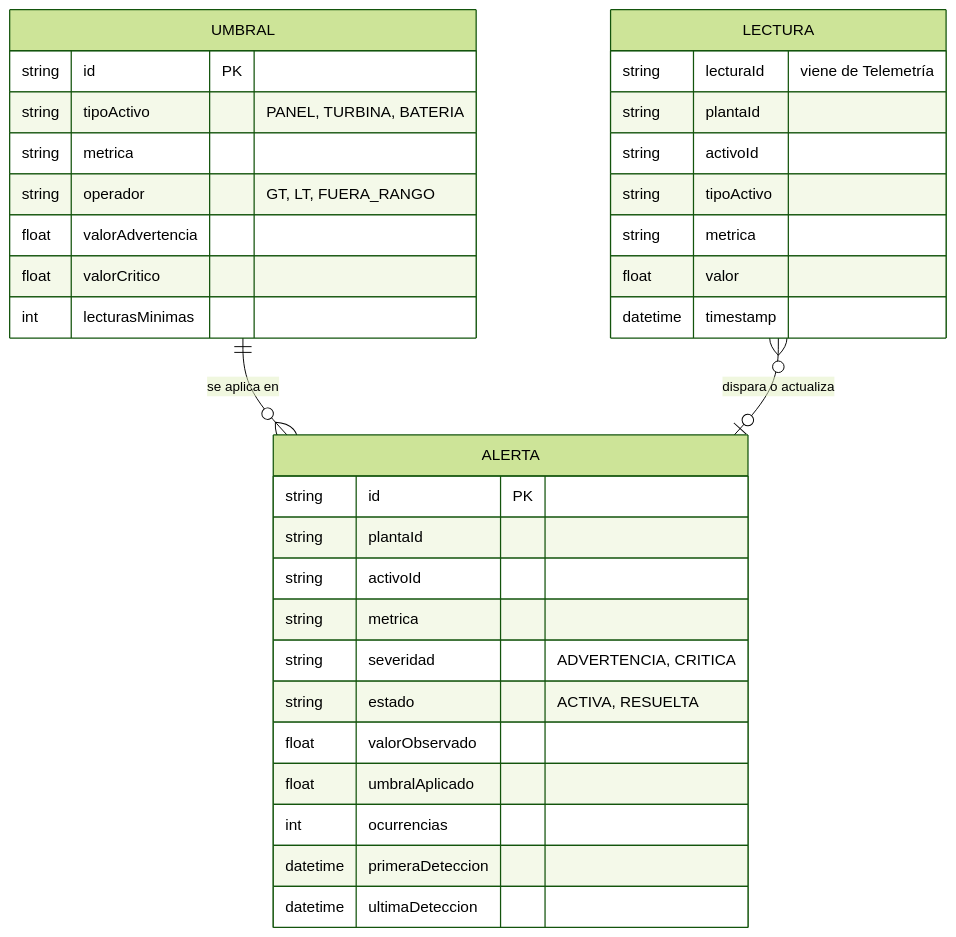
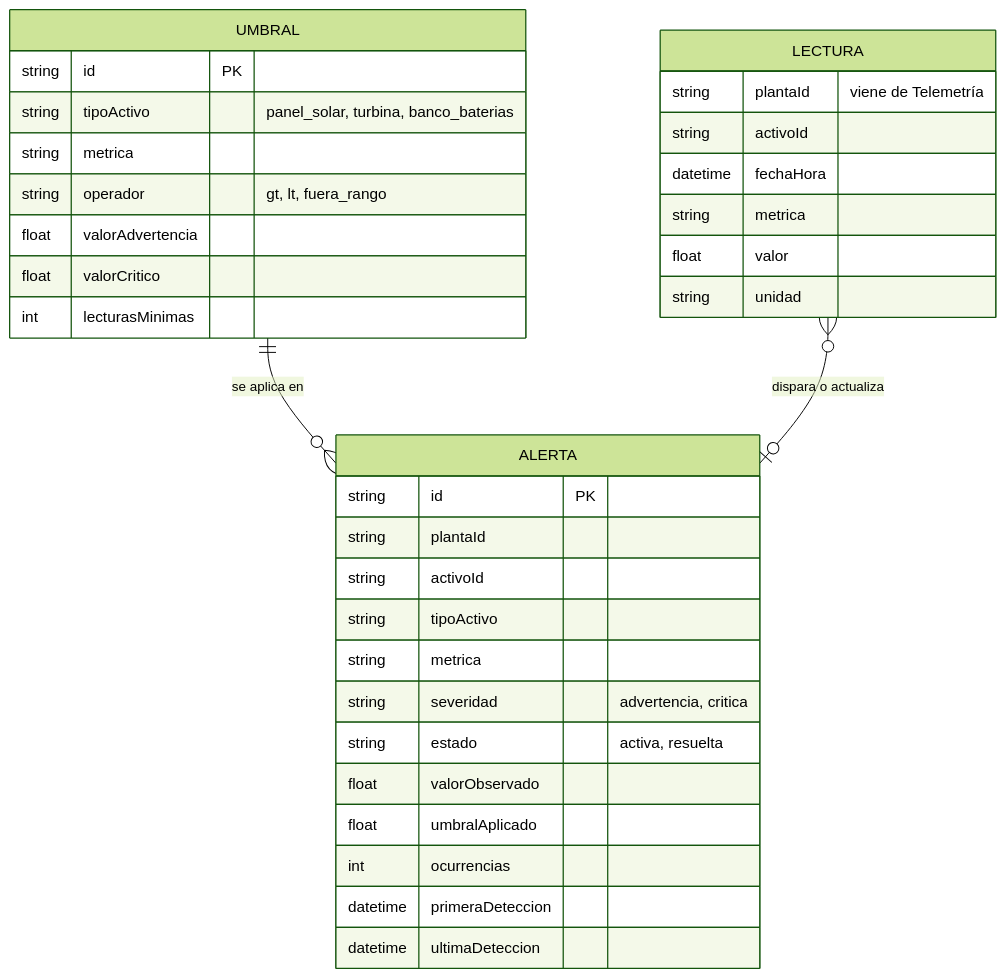
One commit to Inmemorialake/Voltrix-alertas-notificaciones changed the second of 3 diagrams in docs/diseno.md. Above: the diagram before and after it, drawn with Mermaid (forest theme). The commit also changed other lines of this file and 5 other files, not shown here.

````diff
--- a/docs/diseno.md
+++ b/docs/diseno.md
@@ -78,36 +82,36 @@
 ```mermaid
 erDiagram
     UMBRAL ||--o{ ALERTA : "se aplica en"
     LECTURA }o--o| ALERTA : "dispara o actualiza"
     UMBRAL {
         string id PK
-        string tipoActivo "PANEL, TURBINA, BATERIA"
+        string tipoActivo "panel_solar, turbina, banco_baterias"
         string metrica
-        string operador "GT, LT, FUERA_RANGO"
+        string operador "gt, lt, fuera_rango"
         float valorAdvertencia
         float valorCritico
         int lecturasMinimas
     }
     ALERTA {
         string id PK
         string plantaId
         string activoId
+        string tipoActivo
         string metrica
-        string severidad "ADVERTENCIA, CRITICA"
-        string estado "ACTIVA, RESUELTA"
+        string severidad "advertencia, critica"
+        string estado "activa, resuelta"
         float valorObservado
         float umbralAplicado
         int ocurrencias
         datetime primeraDeteccion
         datetime ultimaDeteccion
     }
     LECTURA {
-        string lecturaId "viene de Telemetría"
-        string plantaId
+        string plantaId "viene de Telemetría"
         string activoId
-        string tipoActivo
+        datetime fechaHora
         string metrica
         float valor
-        datetime timestamp
+        string unidad
     }
 ```
````
